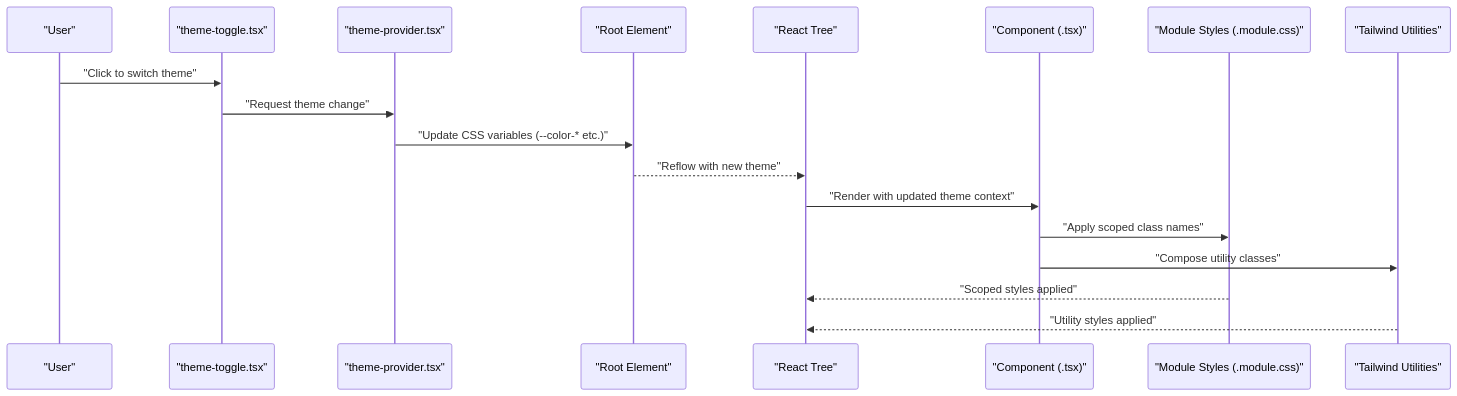
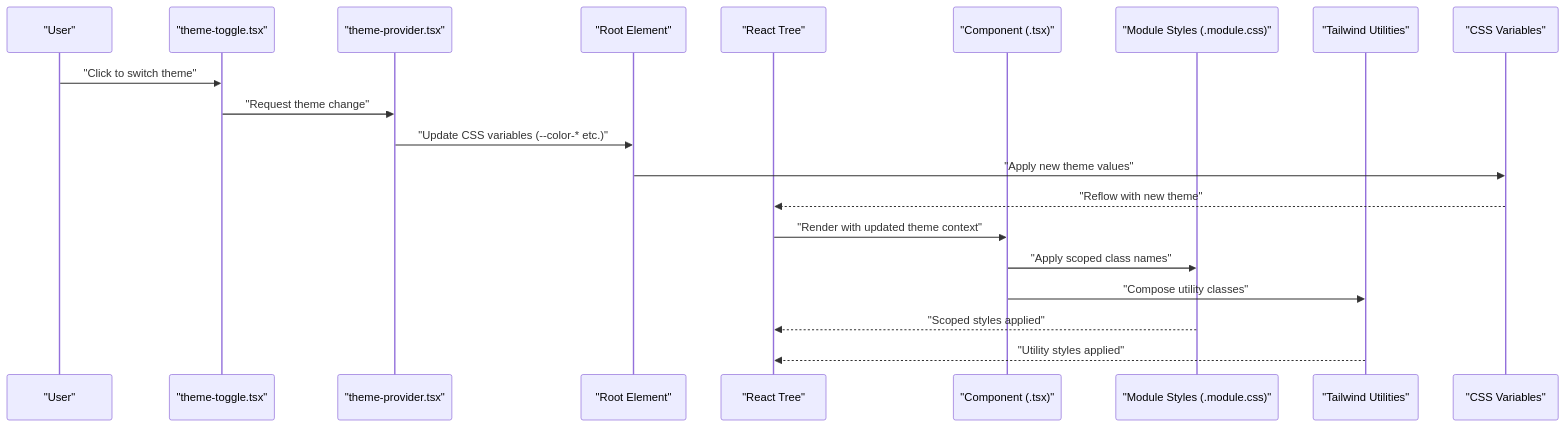
The second of 10 diagrams in .qoder/repowiki/en/content/Frontend Architecture/Styling System.md (HassanAmeer/cheaprouter), drawn with Mermaid before and after one commit. The commit also changed other lines of this file and 54 other files, not shown here.

````diff
--- a/.qoder/repowiki/en/content/Frontend Architecture/Styling System.md
+++ b/.qoder/repowiki/en/content/Frontend Architecture/Styling System.md
@@ -195,20 +183,22 @@
 ```mermaid
 sequenceDiagram
 participant User as "User"
 participant Toggle as "theme-toggle.tsx"
 participant Provider as "theme-provider.tsx"
 participant Root as "Root Element"
 participant App as "React Tree"
 participant Comp as "Component (.tsx)"
 participant Mod as "Module Styles (.module.css)"
 participant Tailwind as "Tailwind Utilities"
+participant CSSVars as "CSS Variables"
 User->>Toggle : "Click to switch theme"
 Toggle->>Provider : "Request theme change"
 Provider->>Root : "Update CSS variables (--color-* etc.)"
-Root-->>App : "Reflow with new theme"
+Root->>CSSVars : "Apply new theme values"
+CSSVars-->>App : "Reflow with new theme"
 App->>Comp : "Render with updated theme context"
 Comp->>Mod : "Apply scoped class names"
 Comp->>Tailwind : "Compose utility classes"
 Mod-->>App : "Scoped styles applied"
 Tailwind-->>App : "Utility styles applied"
 ```
````
